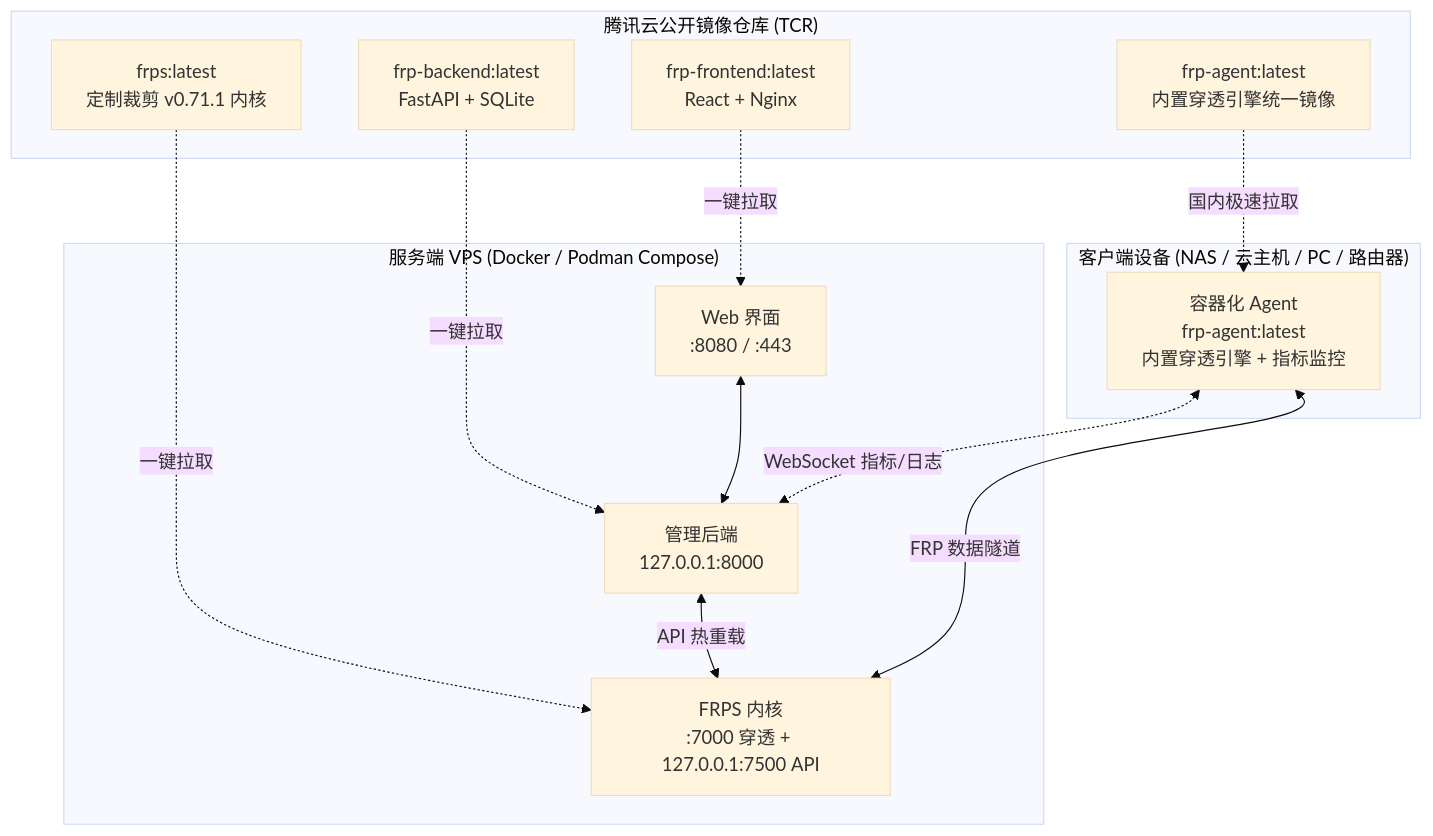
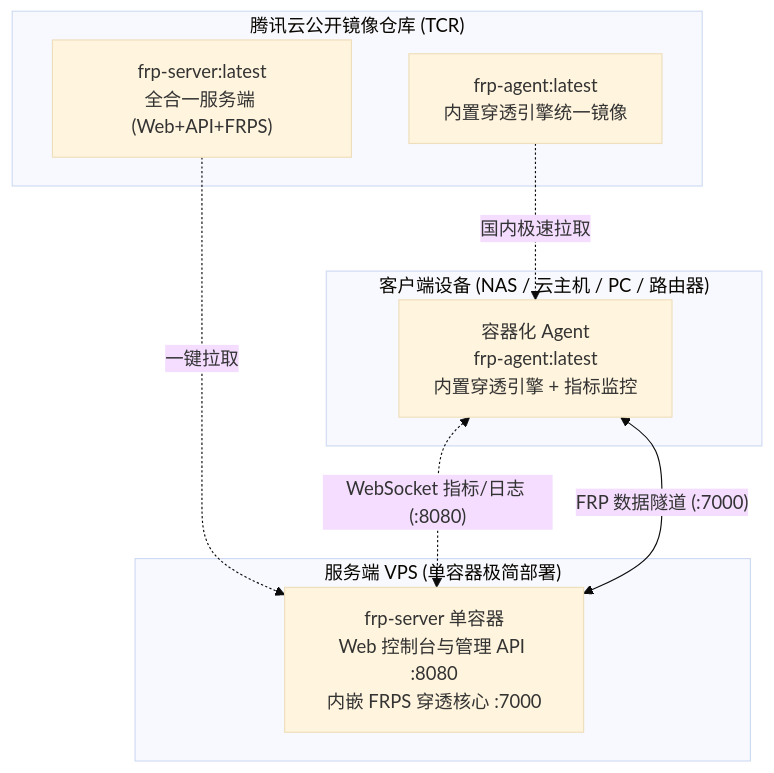
The diagram in README.md (newbietan/FRP-ALL-IN-ONE), drawn with Mermaid (base theme) before and after one commit. The commit also changed other lines of this file and 15 other files, not shown here.

````diff
--- a/README.md
+++ b/README.md
@@ -75,29 +75,21 @@
 ```mermaid
 flowchart TB
     subgraph TCR["腾讯云公开镜像仓库 (TCR)"]
-        FRPS_IMG["frps:latest<br/>定制裁剪 v0.71.1 内核"]
-        BACKEND_IMG["frp-backend:latest<br/>FastAPI + SQLite"]
-        FRONTEND_IMG["frp-frontend:latest<br/>React + Nginx"]
+        SERVER_IMG["frp-server:latest<br/>全合一服务端 (Web+API+FRPS)"]
         AGENT_IMG["frp-agent:latest<br/>内置穿透引擎统一镜像"]
     end
 
-    subgraph Server["服务端 VPS (Docker / Podman Compose)"]
-        Web["Web 界面<br/>:8080 / :443"]
-        Backend["管理后端<br/>127.0.0.1:8000"]
-        FRPS["FRPS 内核<br/>:7000 穿透 + 127.0.0.1:7500 API"]
-        Web <--> Backend
-        Backend <-->|"API 热重载"| FRPS
+    subgraph Server["服务端 VPS (单容器极简部署)"]
+        SingleServer["frp-server 单容器<br/>Web 控制台与管理 API :8080<br/>内嵌 FRPS 穿透核心 :7000"]
     end
 
     subgraph Clients["客户端设备 (NAS / 云主机 / PC / 路由器)"]
         DockerClient["容器化 Agent<br/>frp-agent:latest<br/>内置穿透引擎 + 指标监控"]
     end
 
-    FRPS_IMG -.->|"一键拉取"| FRPS
-    BACKEND_IMG -.->|"一键拉取"| Backend
-    FRONTEND_IMG -.->|"一键拉取"| Web
+    SERVER_IMG -.->|"一键拉取"| SingleServer
     AGENT_IMG -.->|"国内极速拉取"| DockerClient
 
-    DockerClient <-.->|"WebSocket 指标/日志"| Backend
-    DockerClient <-->|"FRP 数据隧道"| FRPS
+    DockerClient <-.->|"WebSocket 指标/日志 (:8080)"| SingleServer
+    DockerClient <-->|"FRP 数据隧道 (:7000)"| SingleServer
 ```
````
